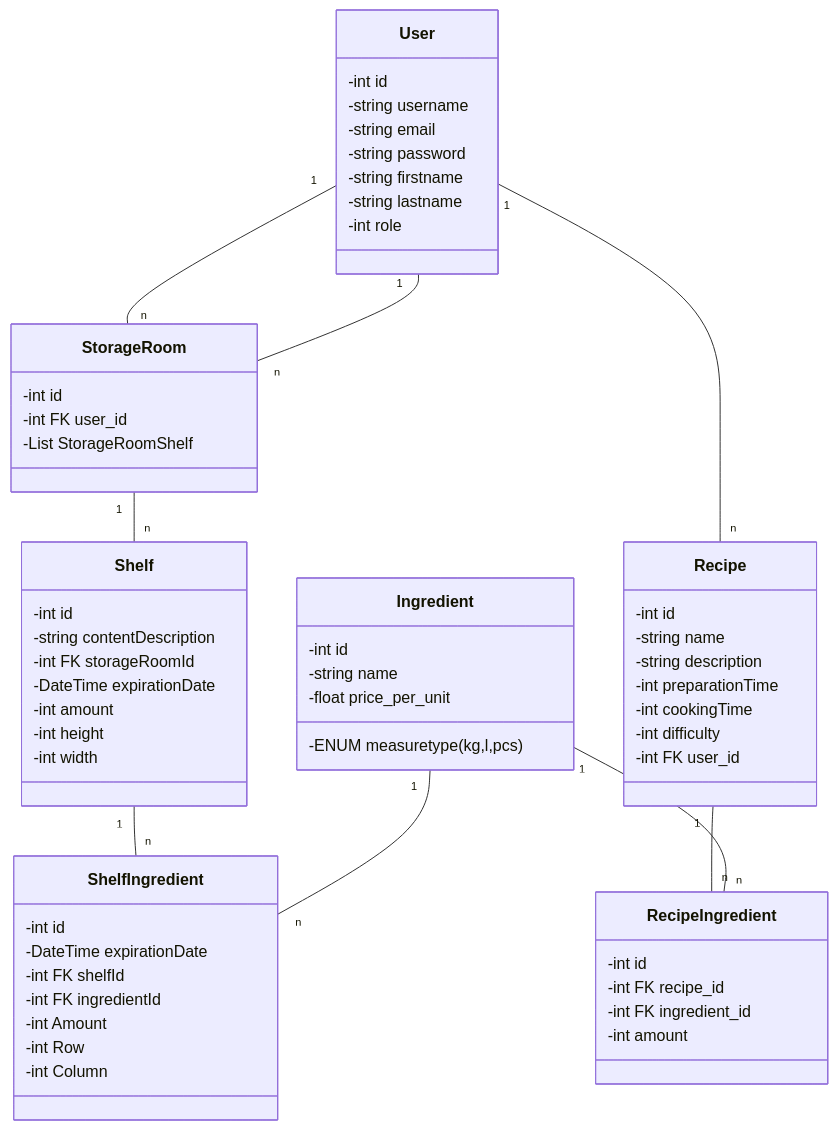
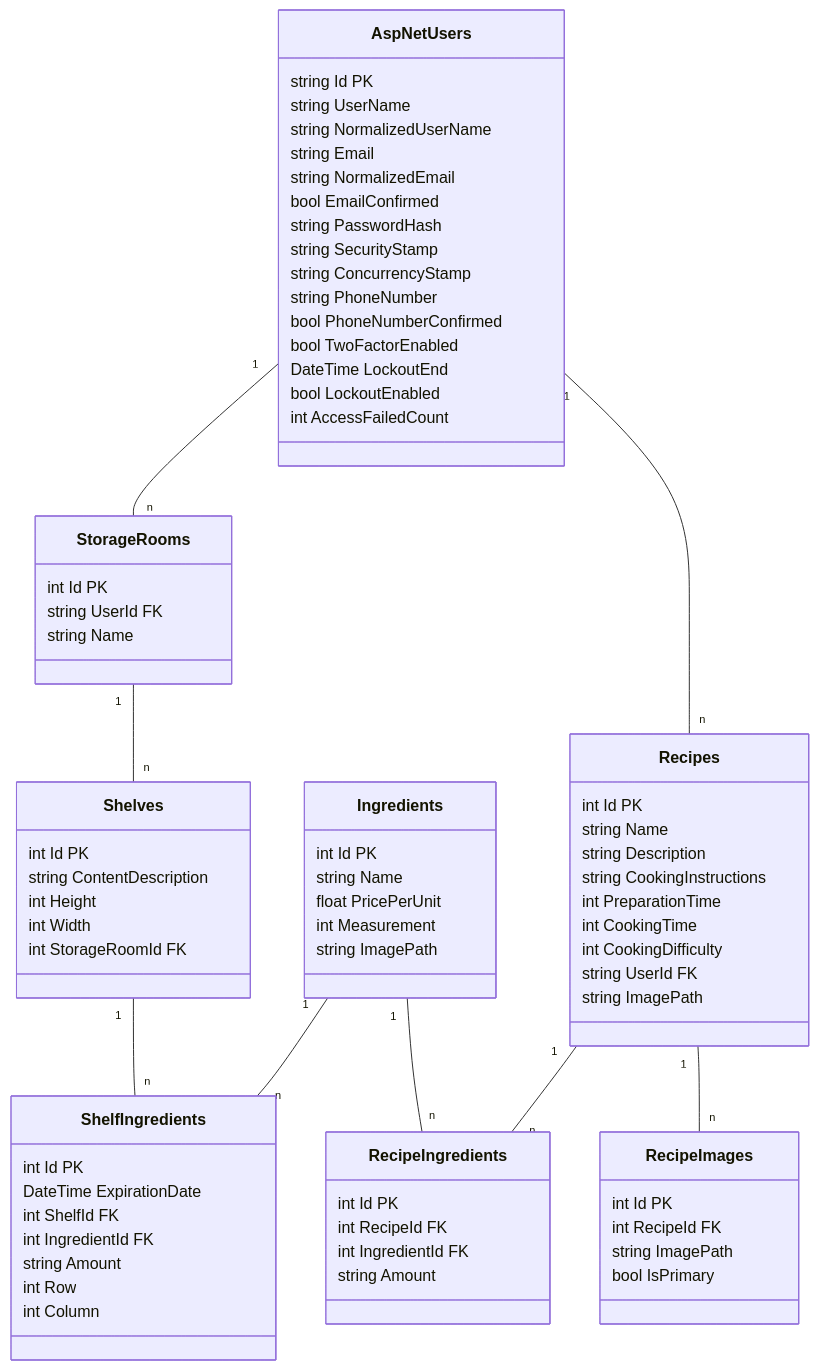
The diagram in Dokumentation/Architektur/Datenmodell/Datenbankmodell.md (marvinhamacher/RecipeNow), drawn with Mermaid before and after one commit.

Commit message:
ohne-story: DB Modellierung Update

````diff
--- a/Dokumentation/Architektur/Datenmodell/Datenbankmodell.md
+++ b/Dokumentation/Architektur/Datenmodell/Datenbankmodell.md
@@ -6,75 +6,91 @@
 ```mermaid 
 classDiagram
-    class User {
-        -int id
-        -string username
-        -string email
-        -string password
-        -string firstname
-        -string lastname
-        -int role
+
+    class AspNetUsers {
+        string Id PK
+        string UserName
+        string NormalizedUserName
+        string Email
+        string NormalizedEmail
+        bool EmailConfirmed
+        string PasswordHash
+        string SecurityStamp
+        string ConcurrencyStamp
+        string PhoneNumber
+        bool PhoneNumberConfirmed
+        bool TwoFactorEnabled
+        DateTime LockoutEnd
+        bool LockoutEnabled
+        int AccessFailedCount
     }
 
-    class Ingredient {
-        -int id
-        -string name
-        -ENUM measuretype (kg,l,pcs)
-        -float price_per_unit
-    }
-    
-    class Shelf {
-        -int id
-        -string contentDescription
-        -int FK storageRoomId
-        -DateTime expirationDate
-        -int amount
-        -int height
-        -int width
+    class StorageRooms {
+        int Id PK
+        string UserId FK
+        string Name
     }
 
+    class Shelves {
+        int Id PK
+        string ContentDescription
+        int Height
+        int Width
+        int StorageRoomId FK
+    }
 
-    class ShelfIngredient {
-        -int id
-        -DateTime expirationDate
-        -int FK shelfId
-        -int FK ingredientId
-        -int Amount
-        -int Row
-        -int Column
+    class Ingredients {
+        int Id PK
+        string Name
+        float PricePerUnit
+        int Measurement
+        string ImagePath
     }
-    
-    class StorageRoom {
-        -int id
-        -int FK user_id
-        -List StorageRoomShelf
+
+    class ShelfIngredients {
+        int Id PK
+        DateTime ExpirationDate
+        int ShelfId FK
+        int IngredientId FK
+        string Amount
+        int Row
+        int Column
     }
-    
-    
-    class Recipe {
-        -int id
-        -string name
-        -string description
-        -int preparationTime
-        -int cookingTime
-        -int difficulty
-        -int FK user_id
+
+    class Recipes {
+        int Id PK
+        string Name
+        string Description
+        string CookingInstructions
+        int PreparationTime
+        int CookingTime
+        int CookingDifficulty
+        string UserId FK
+        string ImagePath
     }
-    
-    class RecipeIngredient {
-        -int id
-        -int FK recipe_id
-        -int FK ingredient_id
-        -int amount
+
+    class RecipeIngredients {
+        int Id PK
+        int RecipeId FK
+        int IngredientId FK
+        string Amount
     }
-    
-    
-    User "1" -- "n" StorageRoom
-    User "1" -- "n" Recipe
-    Recipe "1" -- "n" RecipeIngredient
-    Ingredient "1" -- "n" RecipeIngredient
-    StorageRoom "1" -- "n" Shelf
-    User "1" -- "n" StorageRoom
-    Shelf "1" -- "n" ShelfIngredient
-    Ingredient "1" -- "n" ShelfIngredient
-    
+
+    class RecipeImages {
+        int Id PK
+        int RecipeId FK
+        string ImagePath
+        bool IsPrimary
+    }
+
+    AspNetUsers "1" -- "n" StorageRooms
+    AspNetUsers "1" -- "n" Recipes
+
+    StorageRooms "1" -- "n" Shelves
+    Shelves "1" -- "n" ShelfIngredients
+
+    Ingredients "1" -- "n" ShelfIngredients
+    Ingredients "1" -- "n" RecipeIngredients
+
+    Recipes "1" -- "n" RecipeIngredients
+    Recipes "1" -- "n" RecipeImages
 ```
````
